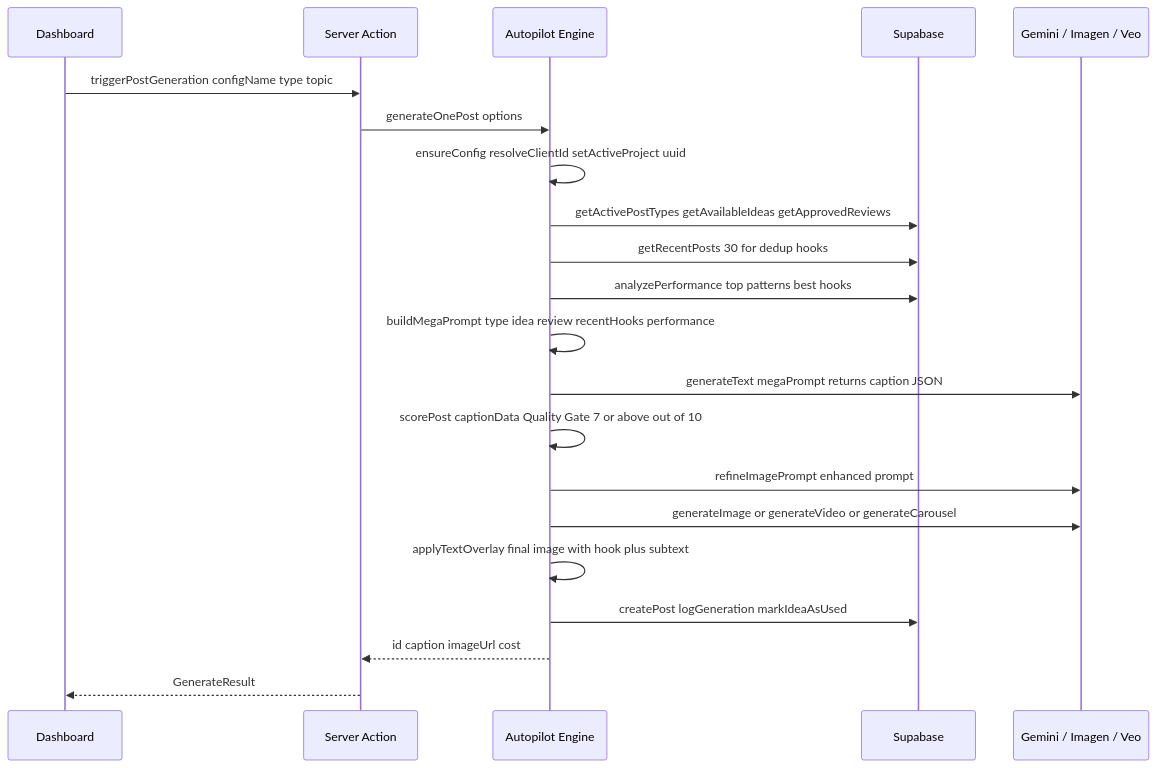
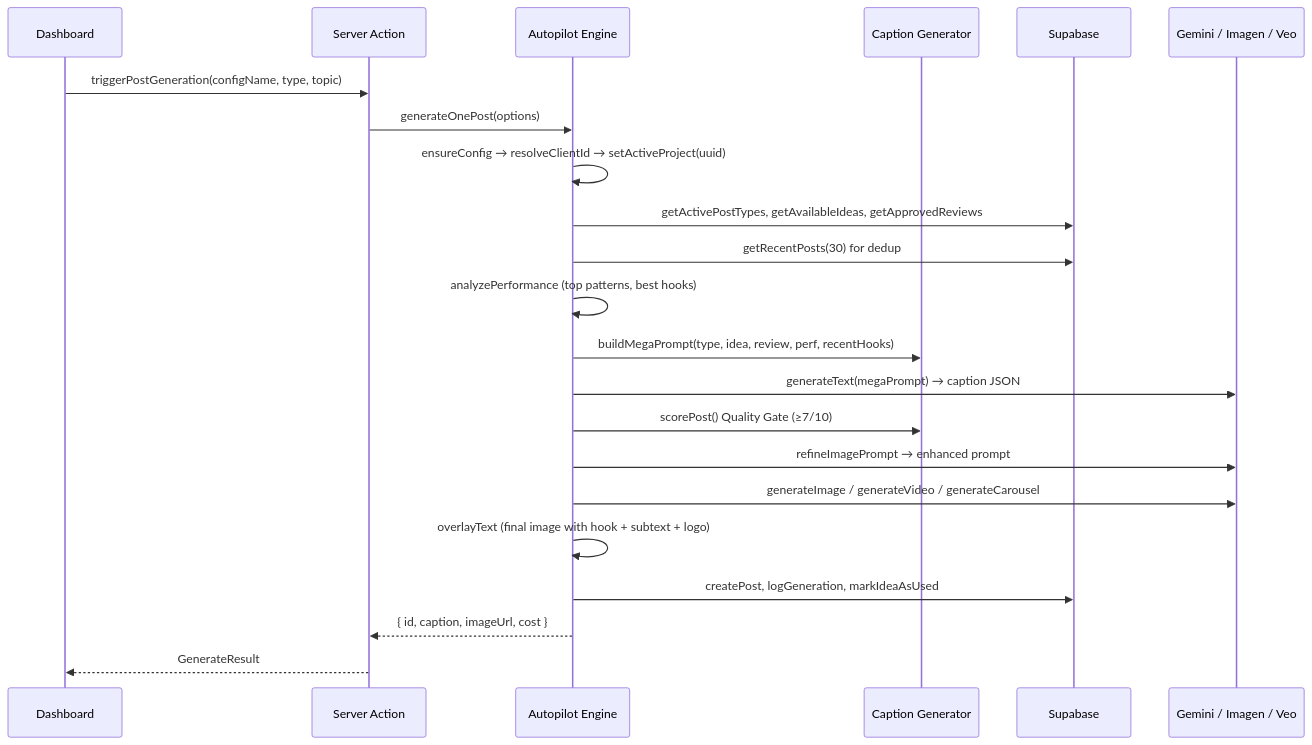
The second of 2 diagrams in docs/SYSTEM_KNOWLEDGE_BASE.md (pocivnoci/prodamevas), drawn with Mermaid before and after one commit. The commit also changed other lines of this file and 28 other files, not shown here.

Commit message:
refactor: Centralize retry logic into a utility, introduce new types and hooks for Instagram tabs, and reorganize assets while adding product reference management.

````diff
--- a/docs/SYSTEM_KNOWLEDGE_BASE.md
+++ b/docs/SYSTEM_KNOWLEDGE_BASE.md
@@ -92,24 +105,25 @@
 ```mermaid
 sequenceDiagram
     participant UI as Dashboard
     participant SA as Server Action
     participant AP as Autopilot Engine
+    participant CG as Caption Generator
     participant DB as Supabase
     participant AI as Gemini / Imagen / Veo
 
-    UI->>SA: triggerPostGeneration configName type topic
-    SA->>AP: generateOnePost options
-    AP->>AP: ensureConfig resolveClientId setActiveProject uuid
-    AP->>DB: getActivePostTypes getAvailableIdeas getApprovedReviews
-    AP->>DB: getRecentPosts 30 for dedup hooks
-    AP->>DB: analyzePerformance top patterns best hooks
-    AP->>AP: buildMegaPrompt type idea review recentHooks performance
-    AP->>AI: generateText megaPrompt returns caption JSON
-    AP->>AP: scorePost captionData Quality Gate 7 or above out of 10
-    AP->>AI: refineImagePrompt enhanced prompt
-    AP->>AI: generateImage or generateVideo or generateCarousel
-    AP->>AP: applyTextOverlay final image with hook plus subtext
-    AP->>DB: createPost logGeneration markIdeaAsUsed
-    AP-->>SA: id caption imageUrl cost
+    UI->>SA: triggerPostGeneration(configName, type, topic)
+    SA->>AP: generateOnePost(options)
+    AP->>AP: ensureConfig → resolveClientId → setActiveProject(uuid)
+    AP->>DB: getActivePostTypes, getAvailableIdeas, getApprovedReviews
+    AP->>DB: getRecentPosts(30) for dedup
+    AP->>AP: analyzePerformance (top patterns, best hooks)
+    AP->>CG: buildMegaPrompt(type, idea, review, perf, recentHooks)
+    AP->>AI: generateText(megaPrompt) → caption JSON
+    AP->>CG: scorePost() Quality Gate (≥7/10)
+    AP->>AI: refineImagePrompt → enhanced prompt
+    AP->>AI: generateImage / generateVideo / generateCarousel
+    AP->>AP: overlayText (final image with hook + subtext + logo)
+    AP->>DB: createPost, logGeneration, markIdeaAsUsed
+    AP-->>SA: { id, caption, imageUrl, cost }
     SA-->>UI: GenerateResult
 ```
````
